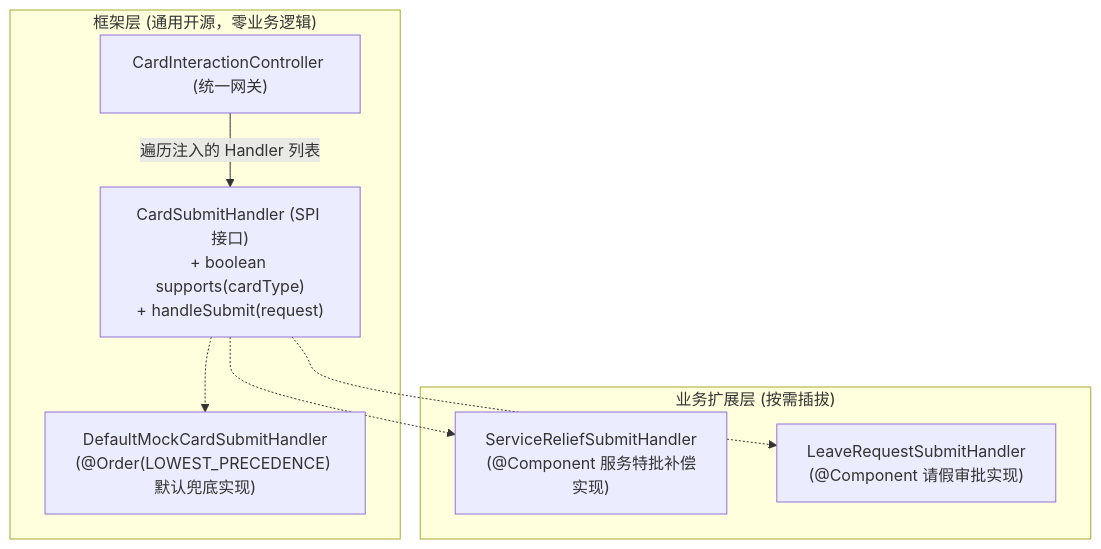
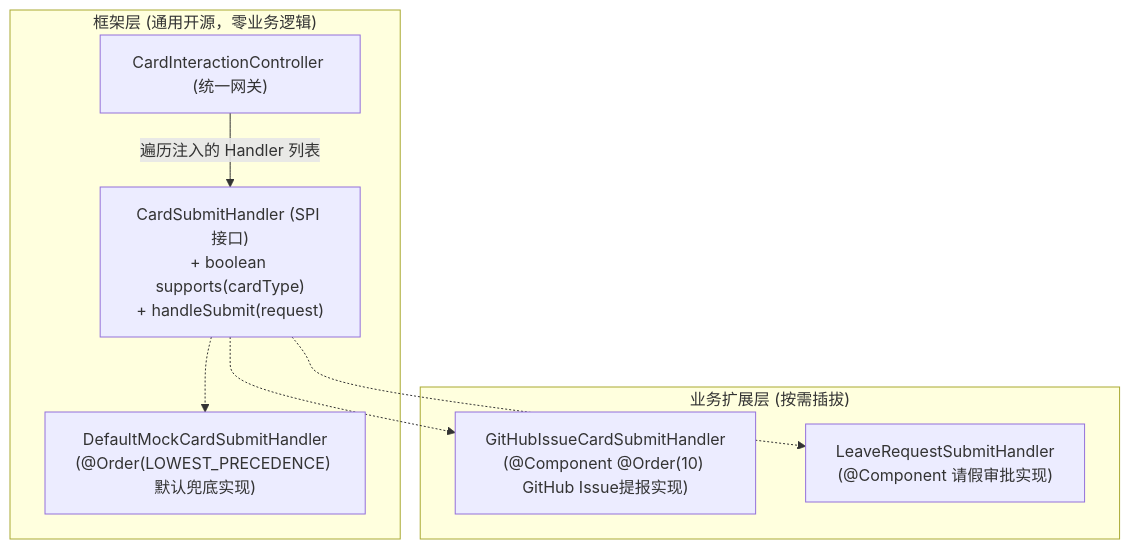
One commit to 1264585648/spring-ai-agentflow changed the diagram in docs/handbook/02-为什么不能用if-else做业务分流？基于Spring实现优雅的微内核SPI.md. Above: the diagram before and after it, drawn with Mermaid. The commit also changed other lines of this file and 62 other files, not shown here.

Commit message:
feat: 落地多智能体注册中心(Agent Hub)、GitHub Issue协同闭环与开发者工作台换装

````diff
--- a/docs/handbook/02-为什么不能用if-else做业务分流？基于Spring实现优雅的微内核SPI.md
+++ b/docs/handbook/02-为什么不能用if-else做业务分流？基于Spring实现优雅的微内核SPI.md
@@ -38,18 +38,18 @@
 ```mermaid
 flowchart TD
     subgraph 框架微内核 ["框架层 (通用开源，零业务逻辑)"]
         Controller["CardInteractionController (统一网关)"]
         Interface["CardSubmitHandler (SPI 接口)<br/>+ boolean supports(cardType)<br/>+ handleSubmit(request)"]
         DefaultMock["DefaultMockCardSubmitHandler<br/>(@Order(LOWEST_PRECEDENCE) 默认兜底实现)"]
     end
 
     subgraph 业务插件层 ["业务扩展层 (按需插拔)"]
-        BizA["ServiceReliefSubmitHandler<br/>(@Component 服务特批补偿实现)"]
+        BizA["GitHubIssueCardSubmitHandler<br/>(@Component @Order(10) GitHub Issue提报实现)"]
         BizB["LeaveRequestSubmitHandler<br/>(@Component 请假审批实现)"]
     end
 
     Controller -->|遍历注入的 Handler 列表| Interface
     Interface -.-> DefaultMock
     Interface -.-> BizA
     Interface -.-> BizB
 ```
````
